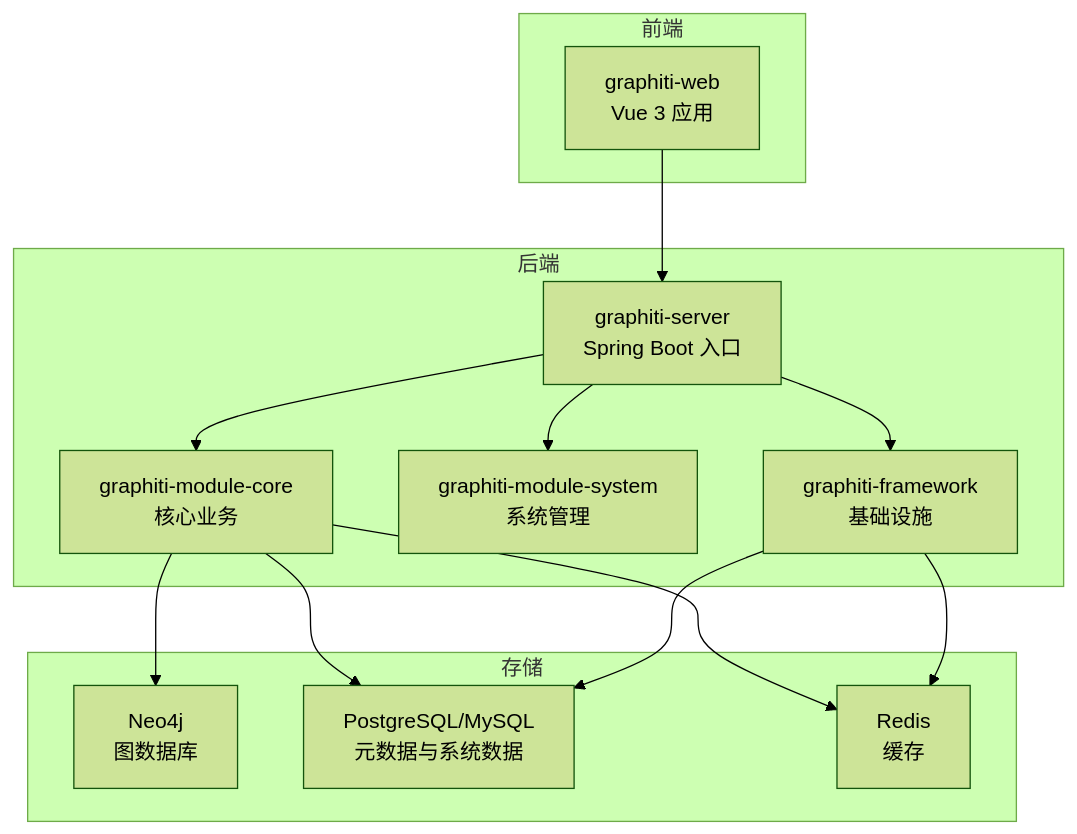
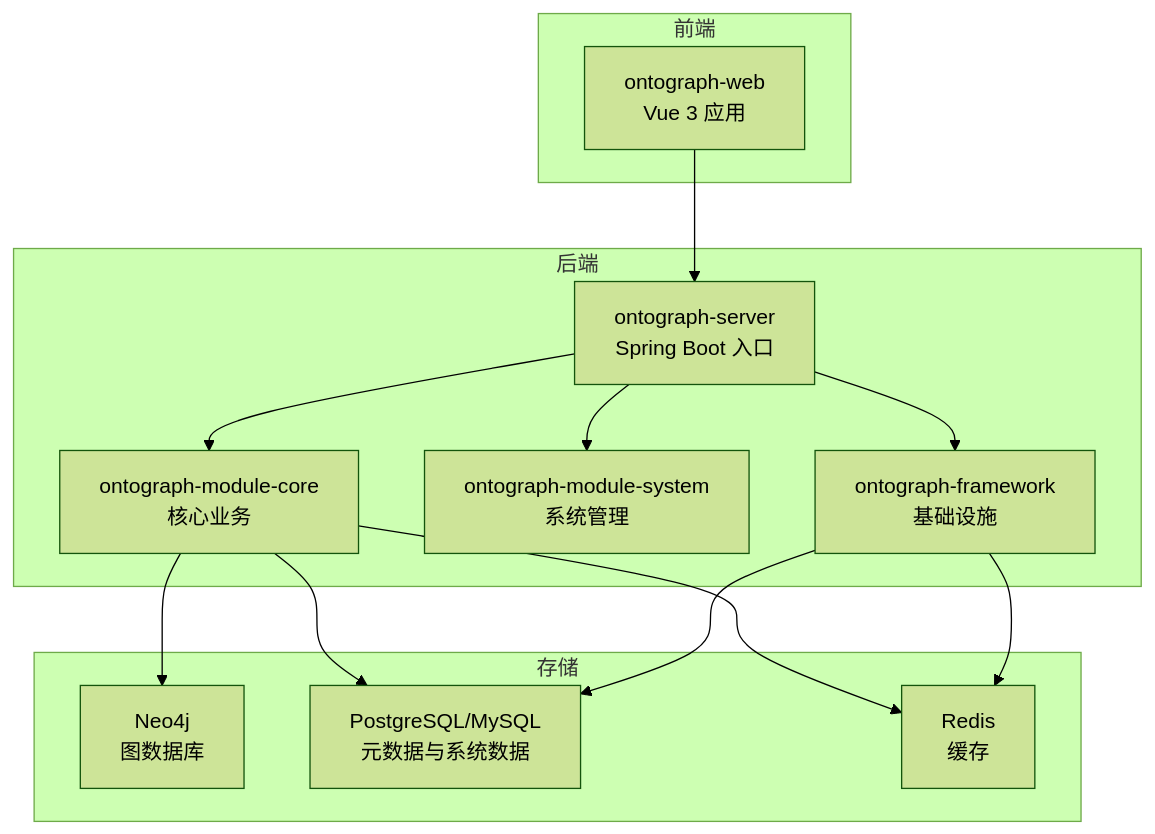
Before and after one commit to joezxh/graphiti-java: the first of 9 diagrams in docs/manual/项目概述/项目介绍.md, drawn with Mermaid (forest theme). The commit also changed other lines of this file and 200 other files, not shown here.

````diff
--- a/docs/manual/项目概述/项目介绍.md
+++ b/docs/manual/项目概述/项目介绍.md
@@ -83,26 +83,26 @@
 ```mermaid
 graph TB
 subgraph "后端"
-S["graphiti-server<br/>Spring Boot 入口"]
-C["graphiti-module-core<br/>核心业务"]
-SYS["graphiti-module-system<br/>系统管理"]
-F["graphiti-framework<br/>基础设施"]
+S["ontograph-server<br/>Spring Boot 入口"]
+C["ontograph-module-core<br/>核心业务"]
+SYS["ontograph-module-system<br/>系统管理"]
+F["ontograph-framework<br/>基础设施"]
 end
 subgraph "存储"
 N["Neo4j<br/>图数据库"]
 P["PostgreSQL/MySQL<br/>元数据与系统数据"]
 R["Redis<br/>缓存"]
 end
 subgraph "前端"
-W["graphiti-web<br/>Vue 3 应用"]
+W["ontograph-web<br/>Vue 3 应用"]
 end
 W --> S
 S --> C
 S --> SYS
 S --> F
 C --> N
 C --> P
 C --> R
 F --> P
 F --> R
 ```
````
